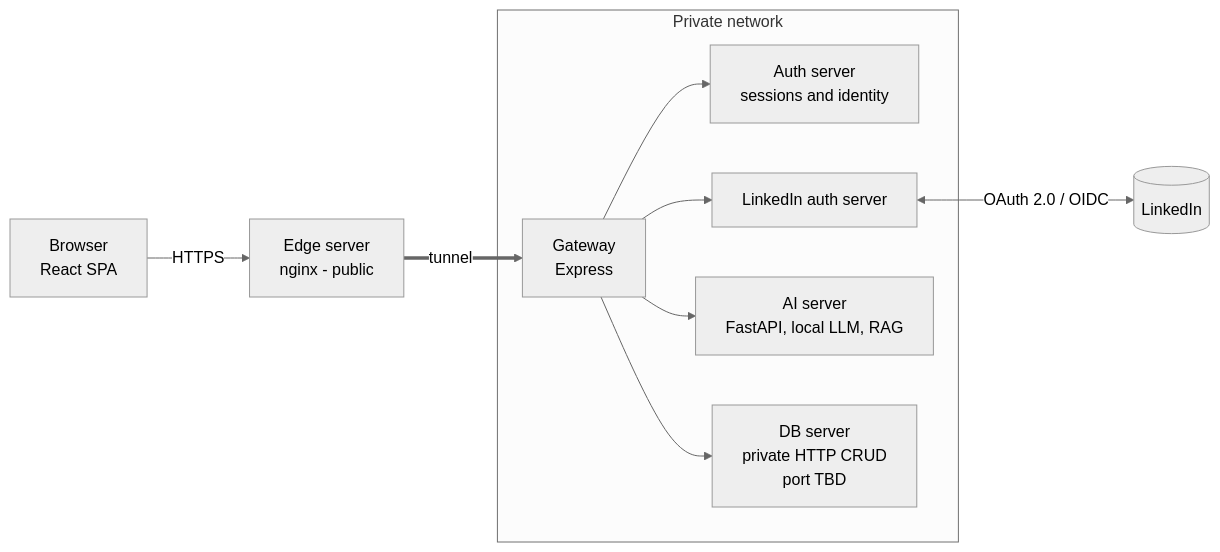
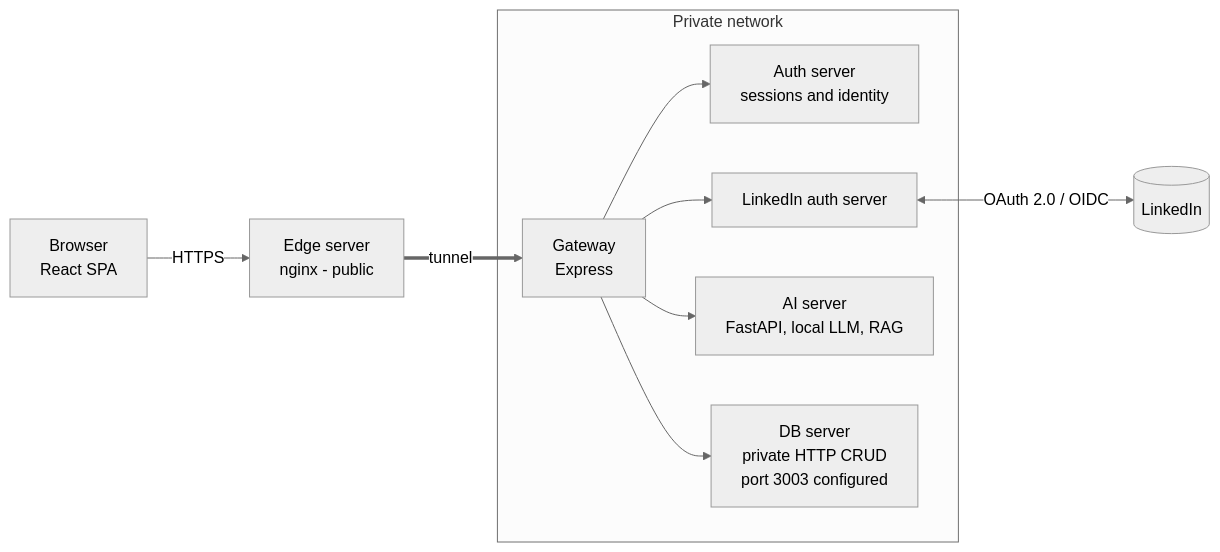
One commit to abt-bara/LinkedIn-Profile-Rating changed the second of 2 diagrams in docs/overview.md. Above: the diagram before and after it, drawn with Mermaid (neutral theme). The commit also changed other lines of this file and 23 other files, not shown here.

````diff
--- a/docs/overview.md
+++ b/docs/overview.md
@@ -28,13 +28,13 @@
 ```mermaid
 flowchart LR
   U[Browser<br/>React SPA] -->|HTTPS| E[Edge server<br/>nginx - public]
   E ==>|tunnel| G
   subgraph P[Private network]
     G[Gateway<br/>Express]
     G --> A[Auth server<br/>sessions and identity]
     G --> L[LinkedIn auth server]
     G --> AI[AI server<br/>FastAPI, local LLM, RAG]
-    G --> DB[DB server<br/>private HTTP CRUD<br/>port TBD]
+    G --> DB[DB server<br/>private HTTP CRUD<br/>port 3003 configured]
   end
   L <-->|OAuth 2.0 / OIDC| LI[(LinkedIn)]
 ```
````
